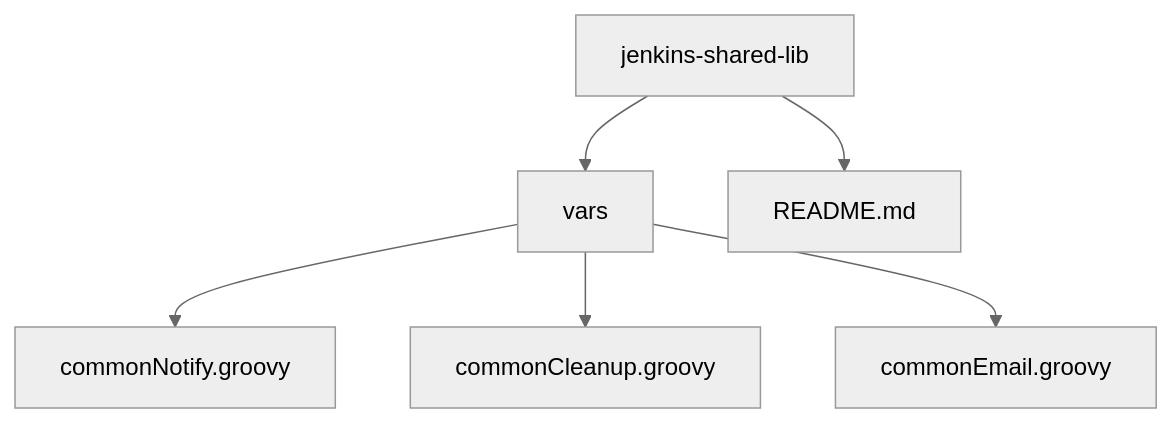
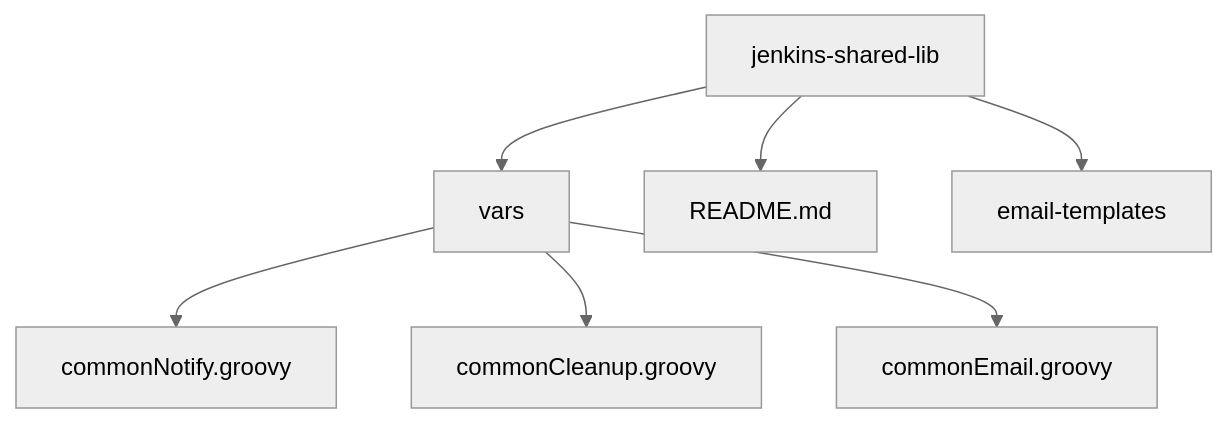
Before and after one commit to f3-admins/jenkins-shared-lib: the diagram in README.md, drawn with Mermaid (neutral theme). The commit also changed other lines of this file and 2 other files, not shown here.

First line of the commit message:
Add email templates for build notifications

````diff
--- a/README.md
+++ b/README.md
@@ -9,8 +9,9 @@
 ```mermaid
 graph TD
     A[jenkins-shared-lib] --> B[vars]
     A --> C[README.md]
+    A --> D[email-templates]
     B --> B1[commonNotify.groovy]
     B --> B2[commonCleanup.groovy]
     B --> B3[commonEmail.groovy]
 ```
````
